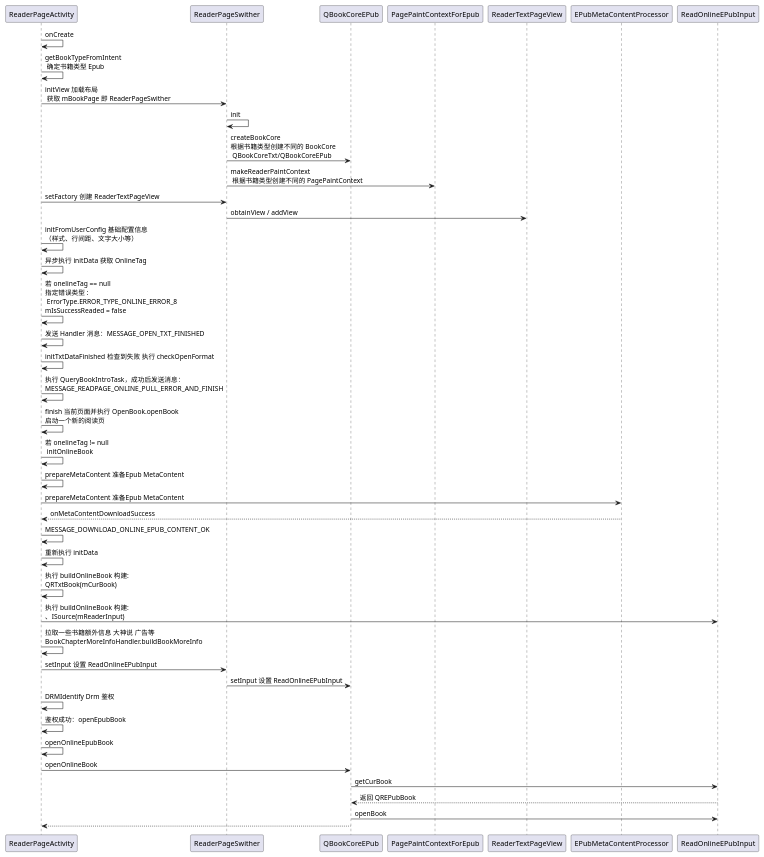
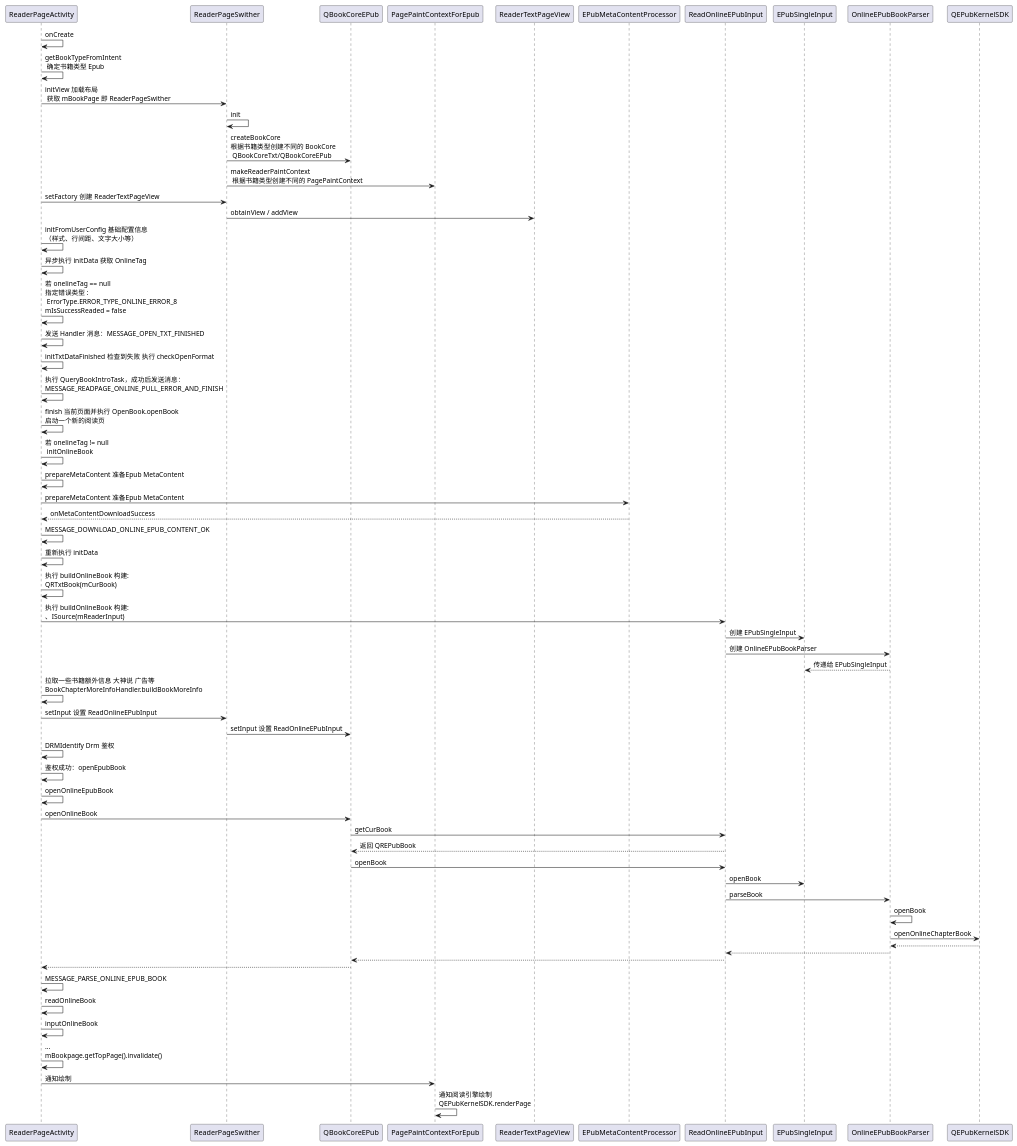
One commit to changer0/PlantUMLProject changed the diagram in design/read_page/阅读页启动流程-EPUB.puml. Above: the diagram before and after it, drawn with PlantUML.

Commit message:
阅读页启动流程-EPUB.puml

```diff
--- a/design/read_page/阅读页启动流程-EPUB.puml
+++ b/design/read_page/阅读页启动流程-EPUB.puml
@@ -1,47 +1,62 @@
 @startuml
 'Alice -> Bob: Authentication Request
 'Bob --> Alice: Authentication Response
 '
 'Alice -> Bob: Another authentication Request
 'Alice <-- Bob: another authentication Response
 
-'阅读页启动流程 文本 TXT
+'阅读页启动流程 文本 EPUB
 
 ReaderPageActivity -> ReaderPageActivity: onCreate
 ReaderPageActivity -> ReaderPageActivity: getBookTypeFromIntent \n 确定书籍类型 Epub
 '单词拼错至今仍未修改 -_-|| ReaderPageSwitcher
 ReaderPageActivity -> ReaderPageSwither: initView 加载布局 \n 获取 mBookPage 即 ReaderPageSwither
 ReaderPageSwither -> ReaderPageSwither:init
 ReaderPageSwither -> QBookCoreEPub:createBookCore \n根据书籍类型创建不同的 BookCore \n QBookCoreTxt/QBookCoreEPub
 ReaderPageSwither -> PagePaintContextForEpub:makeReaderPaintContext \n 根据书籍类型创建不同的 PagePaintContext
 ReaderPageActivity -> ReaderPageSwither: setFactory 创建 ReaderTextPageView
 ReaderPageSwither -> ReaderTextPageView: obtainView / addView
 ReaderPageActivity -> ReaderPageActivity: initFromUserConfig 基础配置信息\n（样式、行间距、文字大小等）
 ReaderPageActivity -> ReaderPageActivity: 异步执行 initData 获取 OnlineTag
 ReaderPageActivity -> ReaderPageActivity: 若 onelineTag == null\n指定错误类型 :\n ErrorType.ERROR_TYPE_ONLINE_ERROR_8\nmIsSuccessReaded = false
 ReaderPageActivity -> ReaderPageActivity: 发送 Handler 消息：MESSAGE_OPEN_TXT_FINISHED
 ReaderPageActivity -> ReaderPageActivity: initTxtDataFinished 检查到失败 执行 checkOpenFormat
 ReaderPageActivity -> ReaderPageActivity: 执行 QueryBookIntroTask，成功后发送消息：\nMESSAGE_READPAGE_ONLINE_PULL_ERROR_AND_FINISH
 ReaderPageActivity -> ReaderPageActivity: finish 当前页面并执行 OpenBook.openBook \n启动一个新的阅读页
 ReaderPageActivity -> ReaderPageActivity: 若 onelineTag != null\n initOnlineBook
 ReaderPageActivity -> ReaderPageActivity: prepareMetaContent 准备Epub MetaContent
 ReaderPageActivity -> EPubMetaContentProcessor: prepareMetaContent 准备Epub MetaContent
 ReaderPageActivity <-- EPubMetaContentProcessor: onMetaContentDownloadSuccess
 ReaderPageActivity -> ReaderPageActivity: MESSAGE_DOWNLOAD_ONLINE_EPUB_CONTENT_OK
 ReaderPageActivity -> ReaderPageActivity: 重新执行 initData
 ReaderPageActivity -> ReaderPageActivity: 执行 buildOnlineBook 构建:\nQRTxtBook(mCurBook)
 ReaderPageActivity -> ReadOnlineEPubInput: 执行 buildOnlineBook 构建:\n、ISource(mReaderInput)
+ReadOnlineEPubInput -> EPubSingleInput: 创建 EPubSingleInput
+ReadOnlineEPubInput -> OnlineEPubBookParser: 创建 OnlineEPubBookParser
+EPubSingleInput <-- OnlineEPubBookParser: 传递给 EPubSingleInput
 ReaderPageActivity -> ReaderPageActivity: 拉取一些书籍额外信息 大神说 广告等\nBookChapterMoreInfoHandler.buildBookMoreInfo
 ReaderPageActivity -> ReaderPageSwither: setInput 设置 ReadOnlineEPubInput
 ReaderPageSwither -> QBookCoreEPub: setInput 设置 ReadOnlineEPubInput
 ReaderPageActivity -> ReaderPageActivity: DRMIdentify Drm 鉴权
 ReaderPageActivity -> ReaderPageActivity: 鉴权成功：openEpubBook
 ReaderPageActivity -> ReaderPageActivity: openOnlineEpubBook
 ReaderPageActivity -> QBookCoreEPub: openOnlineBook
 QBookCoreEPub -> ReadOnlineEPubInput: getCurBook
 QBookCoreEPub <-- ReadOnlineEPubInput: 返回 QREPubBook
 QBookCoreEPub -> ReadOnlineEPubInput: openBook
+ReadOnlineEPubInput -> EPubSingleInput: openBook
+ReadOnlineEPubInput -> OnlineEPubBookParser: parseBook
+OnlineEPubBookParser -> OnlineEPubBookParser: openBook
+OnlineEPubBookParser -> QEPubKernelSDK: openOnlineChapterBook
+OnlineEPubBookParser <-- QEPubKernelSDK
+ReadOnlineEPubInput <-- OnlineEPubBookParser
+QBookCoreEPub <-- ReadOnlineEPubInput
+
 ReaderPageActivity <-- QBookCoreEPub
-'checkChapterUpdate
-'getChapterList
+ReaderPageActivity -> ReaderPageActivity: MESSAGE_PARSE_ONLINE_EPUB_BOOK
+ReaderPageActivity -> ReaderPageActivity: readOnlineBook
+ReaderPageActivity -> ReaderPageActivity: inputOnlineBook
+ReaderPageActivity -> ReaderPageActivity: ...\nmBookpage.getTopPage().invalidate()
+ReaderPageActivity -> PagePaintContextForEpub: 通知绘制
+PagePaintContextForEpub -> PagePaintContextForEpub: 通知阅读引擎绘制\nQEPubKernelSDK.renderPage
 @enduml
```
